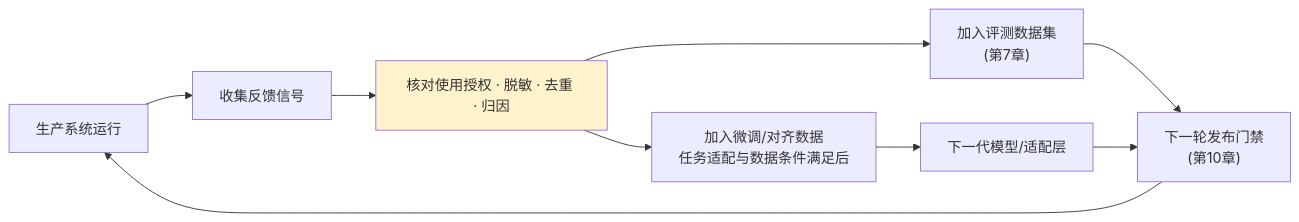
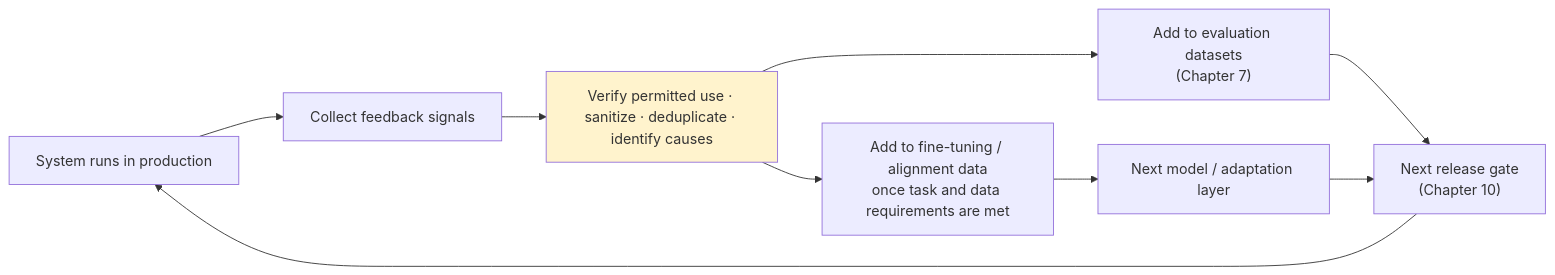
One commit to oneleaveknowsthefall/awesome-ai-roadmap changed the first of 2 diagrams in docs/engineering/06-performance-operations/13-feedback-loop-data-flywheel.md. Above: the diagram before and after it, drawn with Mermaid. The commit also changed other lines of this file and 82 other files, not shown here.

````diff
--- a/docs/engineering/06-performance-operations/13-feedback-loop-data-flywheel.md
+++ b/docs/engineering/06-performance-operations/13-feedback-loop-data-flywheel.md
@@ -11,13 +11,13 @@
 ```mermaid
 flowchart LR
-    PROD["生产系统运行"] --> SIGNAL["收集反馈信号"]
-    SIGNAL --> TRIAGE["核对使用授权 · 脱敏 · 去重 · 归因"]
-    TRIAGE --> EVALSET["加入评测数据集<br/>(第7章)"]
-    TRIAGE --> FINETUNE["加入微调/对齐数据<br/>任务适配与数据条件满足后"]
-    EVALSET --> RELEASE["下一轮发布门禁<br/>(第10章)"]
-    FINETUNE --> MODEL["下一代模型/适配层"]
+    PROD["System runs in production"] --> SIGNAL["Collect feedback signals"]
+    SIGNAL --> TRIAGE["Verify permitted use · sanitize · deduplicate · identify causes"]
+    TRIAGE --> EVALSET["Add to evaluation datasets<br/>(Chapter 7)"]
+    TRIAGE --> FINETUNE["Add to fine-tuning / alignment data<br/>once task and data requirements are met"]
+    EVALSET --> RELEASE["Next release gate<br/>(Chapter 10)"]
+    FINETUNE --> MODEL["Next model / adaptation layer"]
     RELEASE --> PROD
     MODEL --> RELEASE
 
     style TRIAGE fill:#fff3cd
 ```
````
